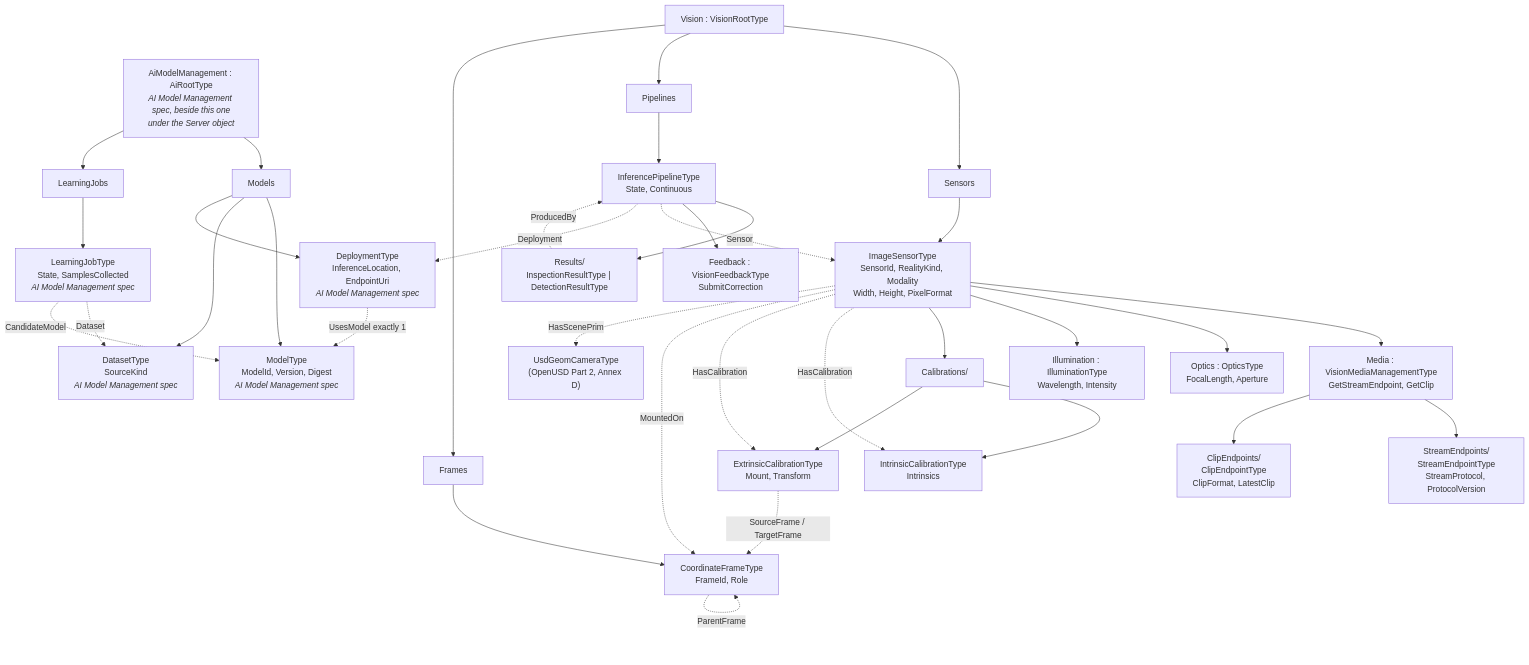
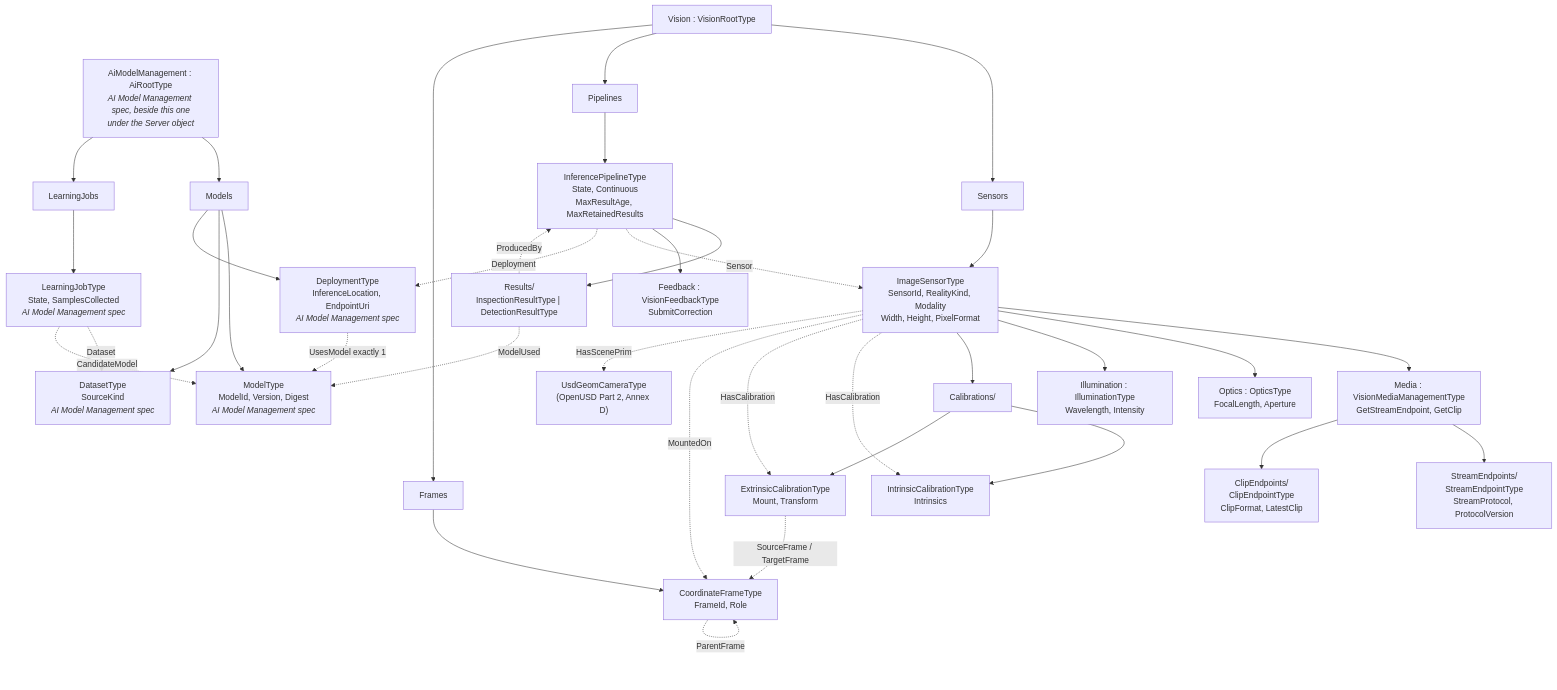
One commit to marcschier/opcua-drafts changed the fourth of 11 diagrams in metaverse-specs/vision/OPC-UA-Vision.md. Above: the diagram before and after it, drawn with Mermaid. The commit also changed other lines of this file and 39 other files, not shown here.

````diff
--- a/metaverse-specs/vision/OPC-UA-Vision.md
+++ b/metaverse-specs/vision/OPC-UA-Vision.md
@@ -263,46 +263,47 @@
 ```mermaid
 graph TD
     ROOT["Vision : VisionRootType"]
     AIROOT["AiModelManagement : AiRootType<br/><i>AI Model Management spec, beside this one<br/>under the Server object</i>"]
     AIROOT --> FM["Models"]
     AIROOT --> FJ["LearningJobs"]
     ROOT --> FS["Sensors"]
     ROOT --> FP["Pipelines"]
     ROOT --> FF["Frames"]
 
     FS --> SENSOR["ImageSensorType<br/>SensorId, RealityKind, Modality<br/>Width, Height, PixelFormat"]
     SENSOR --> MEDIA["Media : VisionMediaManagementType<br/>GetStreamEndpoint, GetClip"]
     MEDIA --> SEP["StreamEndpoints/<br/>StreamEndpointType<br/>StreamProtocol, ProtocolVersion"]
     MEDIA --> CEP["ClipEndpoints/<br/>ClipEndpointType<br/>ClipFormat, LatestClip"]
     SENSOR --> OPT["Optics : OpticsType<br/>FocalLength, Aperture"]
     SENSOR --> ILL["Illumination : IlluminationType<br/>Wavelength, Intensity"]
     SENSOR --> CALS["Calibrations/"]
     CALS --> ICAL["IntrinsicCalibrationType<br/>Intrinsics"]
     CALS --> ECAL["ExtrinsicCalibrationType<br/>Mount, Transform"]
 
     FF --> FRAME["CoordinateFrameType<br/>FrameId, Role"]
 
     FM --> MODEL["ModelType<br/>ModelId, Version, Digest<br/><i>AI Model Management spec</i>"]
     FM --> DSET["DatasetType<br/>SourceKind<br/><i>AI Model Management spec</i>"]
     FM --> DEPL["DeploymentType<br/>InferenceLocation, EndpointUri<br/><i>AI Model Management spec</i>"]
 
-    FP --> PIPE["InferencePipelineType<br/>State, Continuous"]
+    FP --> PIPE["InferencePipelineType<br/>State, Continuous<br/>MaxResultAge, MaxRetainedResults"]
     PIPE --> RES["Results/<br/>InspectionResultType | DetectionResultType"]
     PIPE --> FB["Feedback : VisionFeedbackType<br/>SubmitCorrection"]
 
     FJ --> JOB["LearningJobType<br/>State, SamplesCollected<br/><i>AI Model Management spec</i>"]
 
     SENSOR -.HasCalibration.-> ICAL
     SENSOR -.HasCalibration.-> ECAL
     SENSOR -.MountedOn.-> FRAME
     SENSOR -.HasScenePrim.-> PRIM["UsdGeomCameraType<br/>(OpenUSD Part 2, Annex D)"]
     DEPL -.UsesModel exactly 1.-> MODEL
     RES -.ProducedBy.-> PIPE
+    RES -.->|ModelUsed| MODEL
 
     PIPE -.->|Sensor| SENSOR
     PIPE -.->|Deployment| DEPL
     ECAL -.->|SourceFrame / TargetFrame| FRAME
     FRAME -.->|ParentFrame| FRAME
     JOB -.->|Dataset| DSET
     JOB -.->|CandidateModel| MODEL
 ```
````
